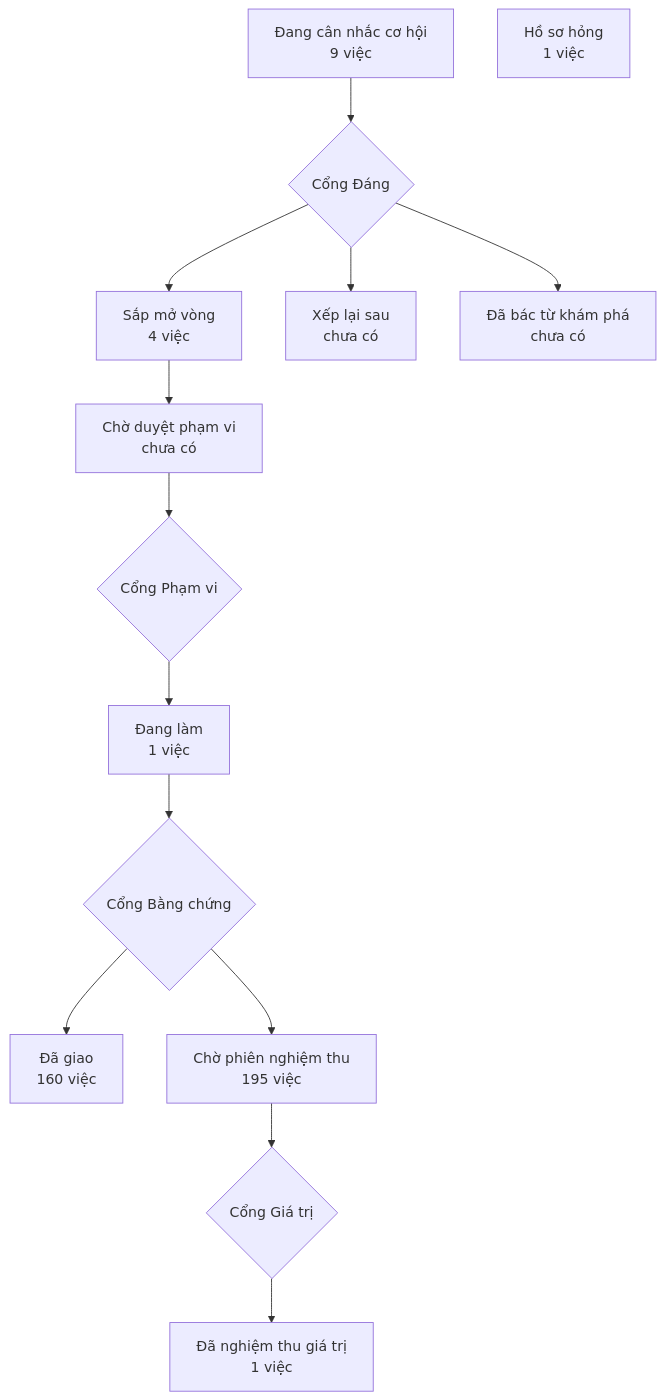
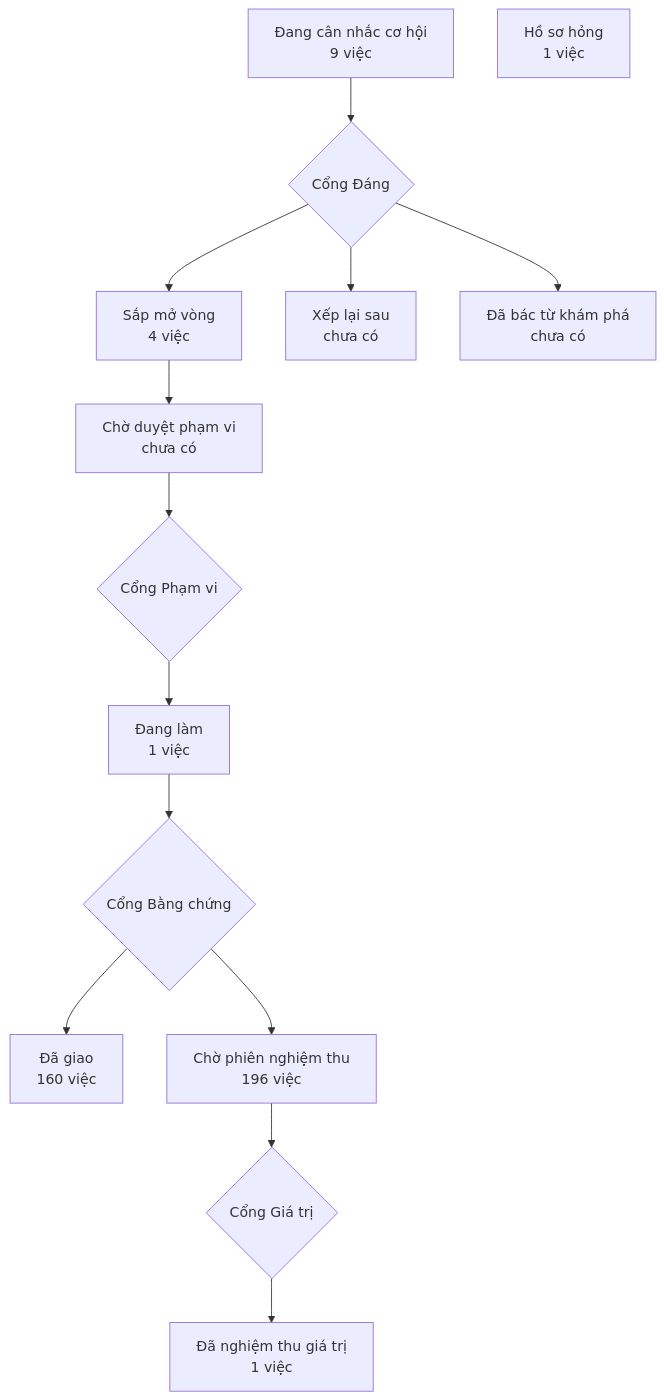
The diagram in PRODUCT-MAP.md (phanlemanh/crm-onehub), drawn with Mermaid before and after one commit. The commit also changed 1 other file, not shown here.

Commit message:
chore(lich-su-moi-lan-cap-nhat): vẽ lại bản đồ sau gộp onehub 829890c75

````diff
--- a/PRODUCT-MAP.md
+++ b/PRODUCT-MAP.md
@@ -7,13 +7,13 @@
 ```mermaid
 flowchart TD
   A["Đang cân nhắc cơ hội<br/>9 việc"] --> GD{"Cổng Đáng"}
   GD --> B["Sắp mở vòng<br/>4 việc"]
   GD --> XL["Xếp lại sau<br/>chưa có"]
   GD --> DB["Đã bác từ khám phá<br/>chưa có"]
   B --> CD["Chờ duyệt phạm vi<br/>chưa có"] --> GP{"Cổng Phạm vi"}
   GP --> DL["Đang làm<br/>1 việc"] --> GB{"Cổng Bằng chứng"}
   GB --> DG["Đã giao<br/>160 việc"]
-  GB --> CN["Chờ phiên nghiệm thu<br/>195 việc"] --> GG{"Cổng Giá trị"}
+  GB --> CN["Chờ phiên nghiệm thu<br/>196 việc"] --> GG{"Cổng Giá trị"}
   GG --> NT["Đã nghiệm thu giá trị<br/>1 việc"]
   HS["Hồ sơ hỏng<br/>1 việc"]
 ```
````
